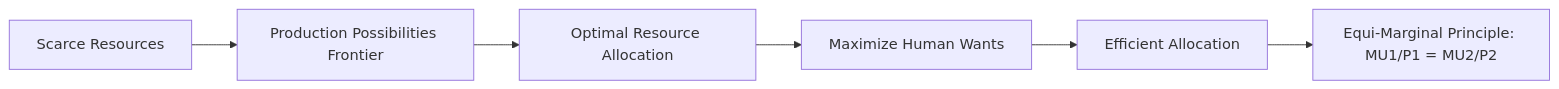
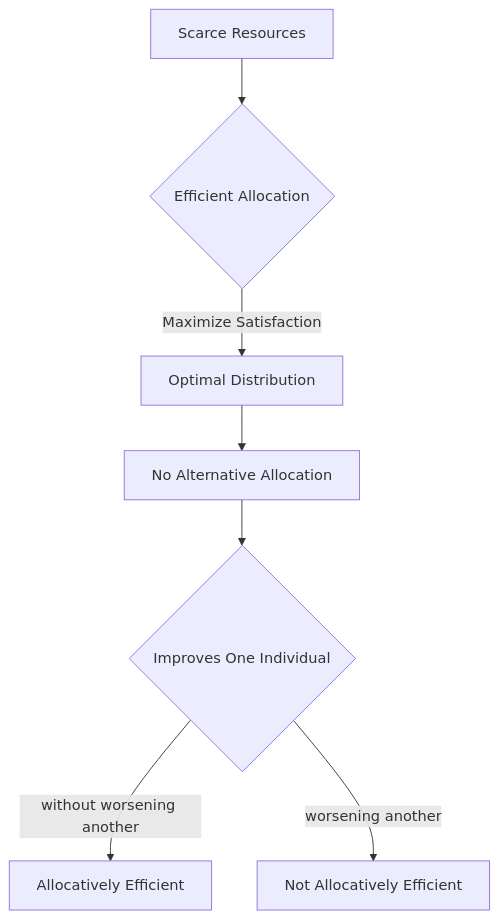
One commit to DagimAlemayehuu/Ater changed the diagram in Obsidian_Vault/2-Academic/Winter 2026/Economics/1_Basics_Of_Economics/Efficient_Allocation.md. Above: the diagram before and after it, drawn with Mermaid. The commit also changed other lines of this file and 71 other files, not shown here.

````diff
--- a/Obsidian_Vault/2-Academic/Winter 2026/Economics/1_Basics_Of_Economics/Efficient_Allocation.md
+++ b/Obsidian_Vault/2-Academic/Winter 2026/Economics/1_Basics_Of_Economics/Efficient_Allocation.md
@@ -57,10 +48,11 @@
 ```mermaid
 
-graph LR
-    A[Scarce Resources] --> B[Production Possibilities Frontier]
-    B --> C[Optimal Resource Allocation]
-    C --> D[Maximize Human Wants]
-    D --> E[Efficient Allocation]
-    E --> F[Equi-Marginal Principle: MU1/P1 = MU2/P2]
+graph TD
+    A[Scarce Resources] --> B{Efficient Allocation}
+    B -->|Maximize Satisfaction| C[Optimal Distribution]
+    C --> D[No Alternative Allocation]
+    D --> E{Improves One Individual}
+    E -->|without worsening another| F[Allocatively Efficient]
+    E -->|worsening another| G[Not Allocatively Efficient]
 
 ```
````
